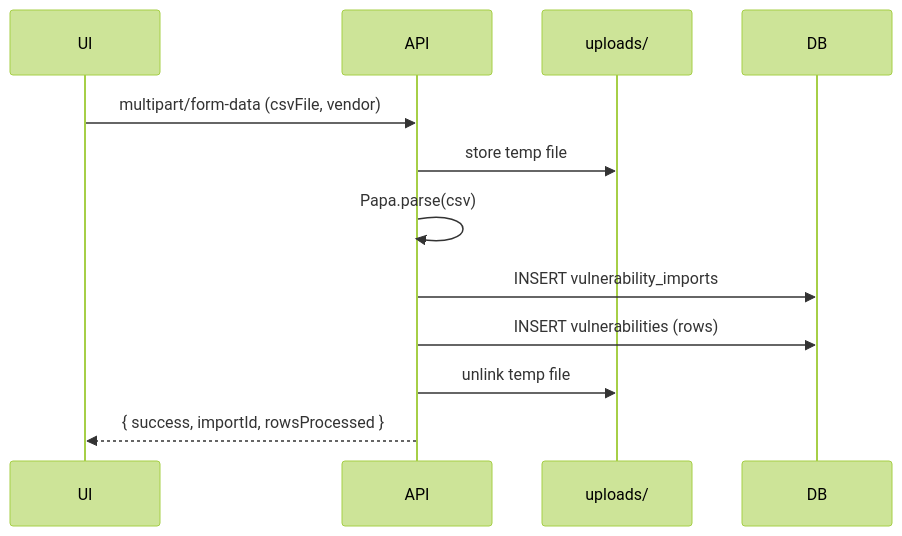
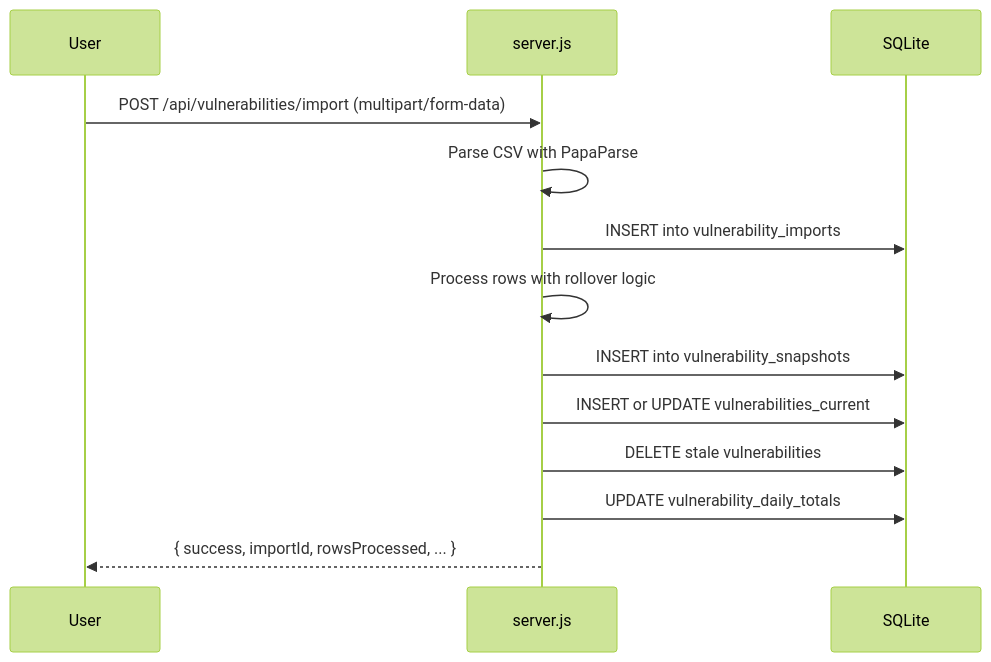
Before and after one commit to Lonnie-Bruton/HexTrackr: the first of 2 diagrams in docs-source/architecture/backend.md, drawn with Mermaid (forest theme). The commit also changed other lines of this file and 62 other files, not shown here.

````diff
--- a/docs-source/architecture/backend.md
+++ b/docs-source/architecture/backend.md
@@ -77,14 +56,16 @@
 ```mermaid
 sequenceDiagram
-    participant UI
-    participant API
-    participant FS as uploads/
-    participant DB
-    UI->>API: multipart/form-data (csvFile, vendor)
-    API->>FS: store temp file
-    API->>API: Papa.parse(csv)
-    API->>DB: INSERT vulnerability_imports
-    API->>DB: INSERT vulnerabilities (rows)
-    API->>FS: unlink temp file
-    API-->>UI: { success, importId, rowsProcessed }
+    participant User
+    participant API as server.js
+    participant DB as SQLite
+
+    User->>API: POST /api/vulnerabilities/import (multipart/form-data)
+    API->>API: Parse CSV with PapaParse
+    API->>DB: INSERT into vulnerability_imports
+    API->>API: Process rows with rollover logic
+    API->>DB: INSERT into vulnerability_snapshots
+    API->>DB: INSERT or UPDATE vulnerabilities_current
+    API->>DB: DELETE stale vulnerabilities
+    API->>DB: UPDATE vulnerability_daily_totals
+    API-->>User: { success, importId, rowsProcessed, ... }
 ```
````
